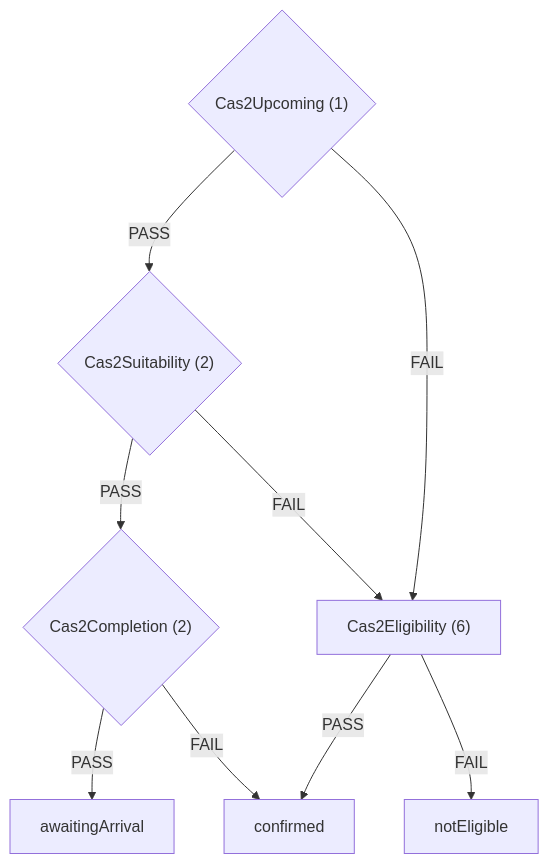
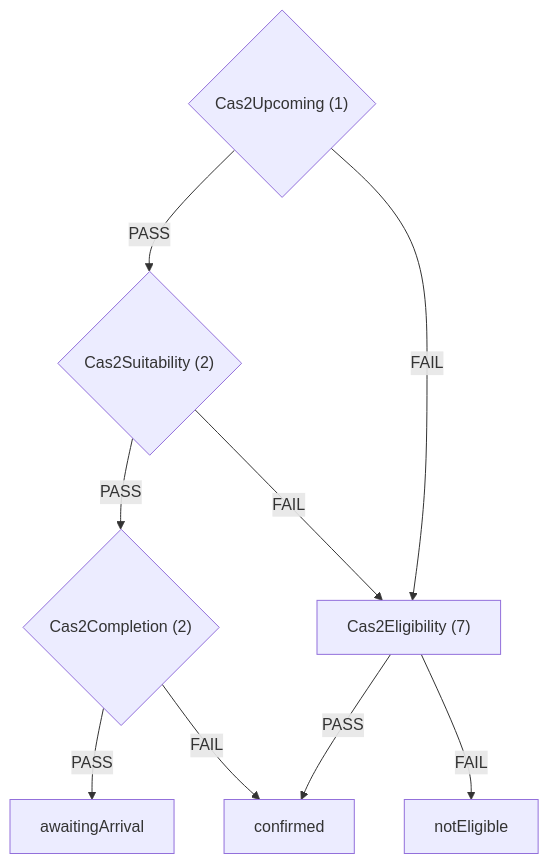
Before and after one commit to ministryofjustice/hmpps-single-accommodation-service-api: the second of 6 diagrams in docs/eligibility-rules-graph.md, drawn with Mermaid. The commit also changed other lines of this file and 16 other files, not shown here.

Commit message:
feature/SAS-1393-Add-sexual-conviction-rule-to-eligibility-ruleset-for-CAS2

````diff
--- a/docs/eligibility-rules-graph.md
+++ b/docs/eligibility-rules-graph.md
@@ -83,18 +83,18 @@
 ```mermaid
 flowchart TD
   Cas2Upcoming{"Cas2Upcoming (1)"}
   Cas2Suitability{"Cas2Suitability (2)"}
   Cas2Completion{"Cas2Completion (2)"}
   awaitingArrival["awaitingArrival"]
   confirmed["confirmed"]
-  Cas2Eligibility["Cas2Eligibility (6)"]
+  Cas2Eligibility["Cas2Eligibility (7)"]
   notEligible["notEligible"]
   Cas2Completion -->|PASS| awaitingArrival
   Cas2Completion -->|FAIL| confirmed
   Cas2Eligibility -->|PASS| confirmed
   Cas2Eligibility -->|FAIL| notEligible
   Cas2Suitability -->|PASS| Cas2Completion
   Cas2Suitability -->|FAIL| Cas2Eligibility
   Cas2Upcoming -->|PASS| Cas2Suitability
   Cas2Upcoming -->|FAIL| Cas2Eligibility
 ```
````
